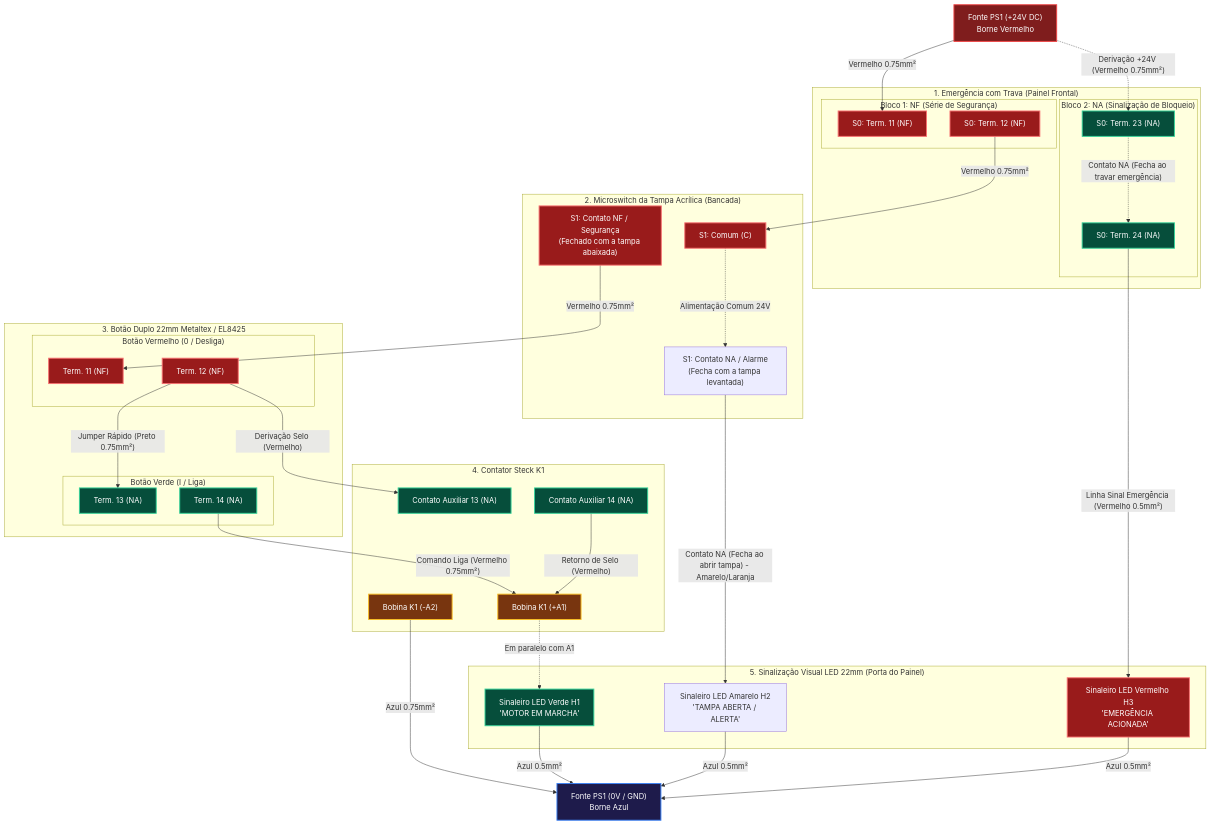
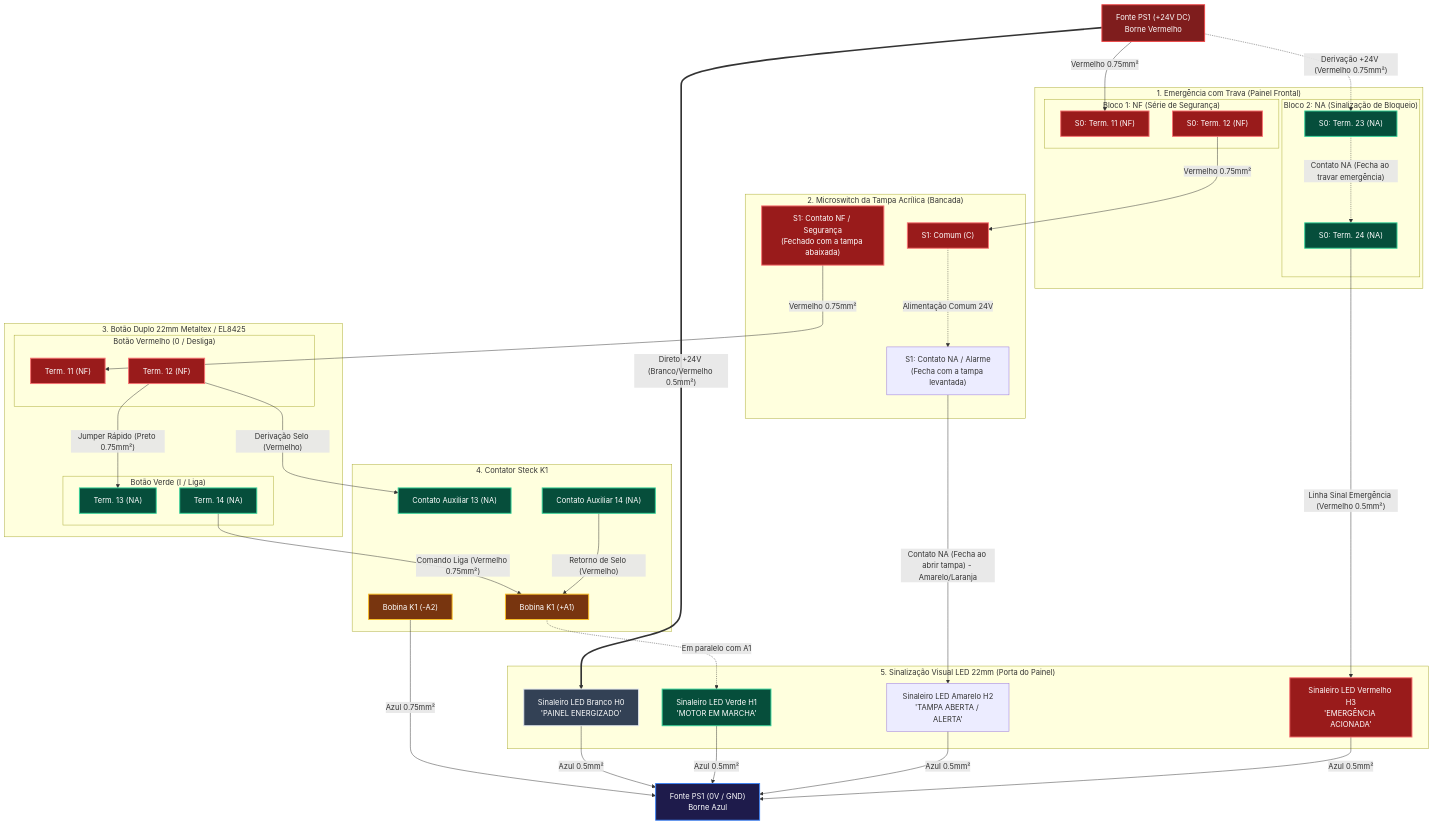
One commit to Andre-Macedo/amemiya changed the fourth of 5 diagrams in docs/iot/DIAGRAMAS_ELETRICOS_UNIFILAR_MULTIFILAR.md. Above: the diagram before and after it, drawn with Mermaid. The commit also changed other lines of this file and 1 other file, not shown here.

Commit message:
docs(painel): add White LED for energized circuit per IEC 60073

```diff
--- a/docs/iot/DIAGRAMAS_ELETRICOS_UNIFILAR_MULTIFILAR.md
+++ b/docs/iot/DIAGRAMAS_ELETRICOS_UNIFILAR_MULTIFILAR.md
@@ -152,6 +152,7 @@
     classDef safe fill:#991b1b,stroke:#f87171,stroke-width:2px,color:#fff;
     classDef button fill:#064e3b,stroke:#34d399,stroke-width:2px,color:#fff;
     classDef coil fill:#78350f,stroke:#fbbf24,stroke-width:2px,color:#fff;
+    classDef white fill:#334155,stroke:#e2e8f0,stroke-width:2px,color:#fff;
 
     FONTE_POS["Fonte PS1 (+24V DC)<br/>Borne Vermelho"]:::dc_pos
     FONTE_NEG["Fonte PS1 (0V / GND)<br/>Borne Azul"]:::dc_neg
@@ -192,6 +193,7 @@
     end
 
     subgraph SINALIZACAO["5. Sinalização Visual LED 22mm (Porta do Painel)"]
+        H0_LED["Sinaleiro LED Branco H0<br/>'PAINEL ENERGIZADO'"]:::white
         H1_LED["Sinaleiro LED Verde H1<br/>'MOTOR EM MARCHA'"]:::button
         H2_LED["Sinaleiro LED Amarelo H2<br/>'TAMPA ABERTA / ALERTA'"]:::ctrl
         H3_LED["Sinaleiro LED Vermelho H3<br/>'EMERGÊNCIA ACIONADA'"]:::safe
@@ -217,6 +219,10 @@
     %% Fechamento do Neutro DC (0V)
     K1_A2 -->|"Azul 0.75mm²"| FONTE_NEG
 
+    %% Lógica do Sinaleiro Branco H0 (Painel Energizado / 24V OK)
+    FONTE_POS ==>|"Direto +24V (Branco/Vermelho 0.5mm²)"| H0_LED
+    H0_LED -->|"Azul 0.5mm²"| FONTE_NEG
+
     %% Lógica do Sinaleiro Verde H1 (Motor Ligado)
     K1_A1 -.->|"Em paralelo com A1"| H1_LED
     H1_LED -->|"Azul 0.5mm²"| FONTE_NEG
```
